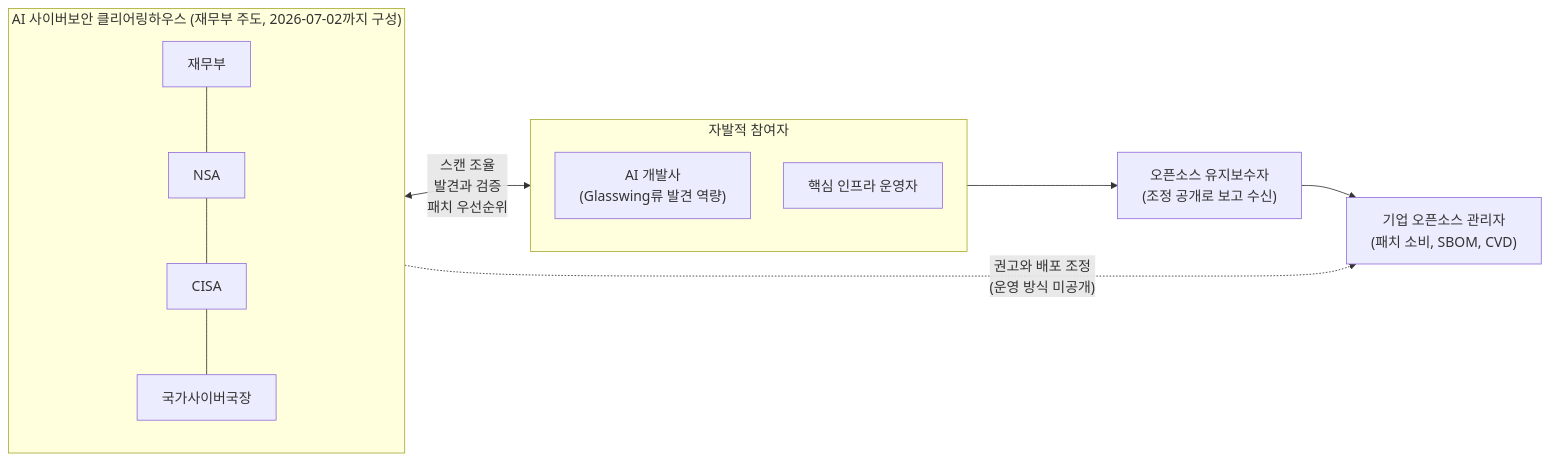
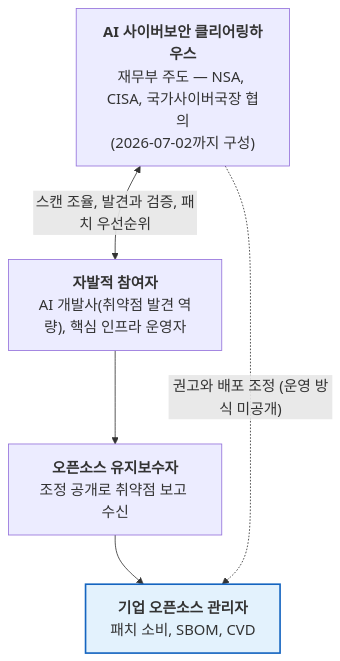
Before and after one commit to haksungjang/haksungjang.github.io: the second of 2 diagrams in content/en/research/2026-us-ai-eo-ospo/_index.md, drawn with Mermaid. The commit also changed other lines of this file, not shown here.

````diff
--- a/content/en/research/2026-us-ai-eo-ospo/_index.md
+++ b/content/en/research/2026-us-ai-eo-ospo/_index.md
@@ -80,15 +83,12 @@
 ```mermaid
-%%{init: {'theme':'default', 'themeVariables': {'fontSize':'17px'}, 'flowchart': {'nodeSpacing': 40, 'rankSpacing': 55}} }%%
-flowchart LR
-    subgraph GOV["AI 사이버보안 클리어링하우스 (재무부 주도, 2026-07-02까지 구성)"]
-        T["재무부"] --- N["NSA"] --- C["CISA"] --- NCD["국가사이버국장"]
-    end
-    subgraph VOL["자발적 참여자"]
-        AI["AI 개발사<br/>(Glasswing류 발견 역량)"]
-        CI["핵심 인프라 운영자"]
-    end
-    GOV <-->|"스캔 조율<br/>발견과 검증<br/>패치 우선순위"| VOL
-    VOL --> OSS["오픈소스 유지보수자<br/>(조정 공개로 보고 수신)"]
-    OSS --> ENT["기업 오픈소스 관리자<br/>(패치 소비, SBOM, CVD)"]
-    GOV -.->|"권고와 배포 조정<br/>(운영 방식 미공개)"| ENT
+%%{init: {'theme':'default', 'themeVariables': {'fontSize':'18px'}, 'flowchart': {'nodeSpacing': 50, 'rankSpacing': 60}} }%%
+flowchart TB
+    GOV["<b>AI 사이버보안 클리어링하우스</b><br/>재무부 주도 — NSA, CISA, 국가사이버국장 협의<br/>(2026-07-02까지 구성)"]
+    VOL["<b>자발적 참여자</b><br/>AI 개발사(취약점 발견 역량), 핵심 인프라 운영자"]
+    OSS["<b>오픈소스 유지보수자</b><br/>조정 공개로 취약점 보고 수신"]
+    ENT["<b>기업 오픈소스 관리자</b><br/>패치 소비, SBOM, CVD"]
+    GOV <-->|"스캔 조율, 발견과 검증, 패치 우선순위"| VOL
+    VOL --> OSS --> ENT
+    GOV -.->|"권고와 배포 조정 (운영 방식 미공개)"| ENT
+    style ENT fill:#e3f2fd,stroke:#1565c0,stroke-width:2px
 ```
````
